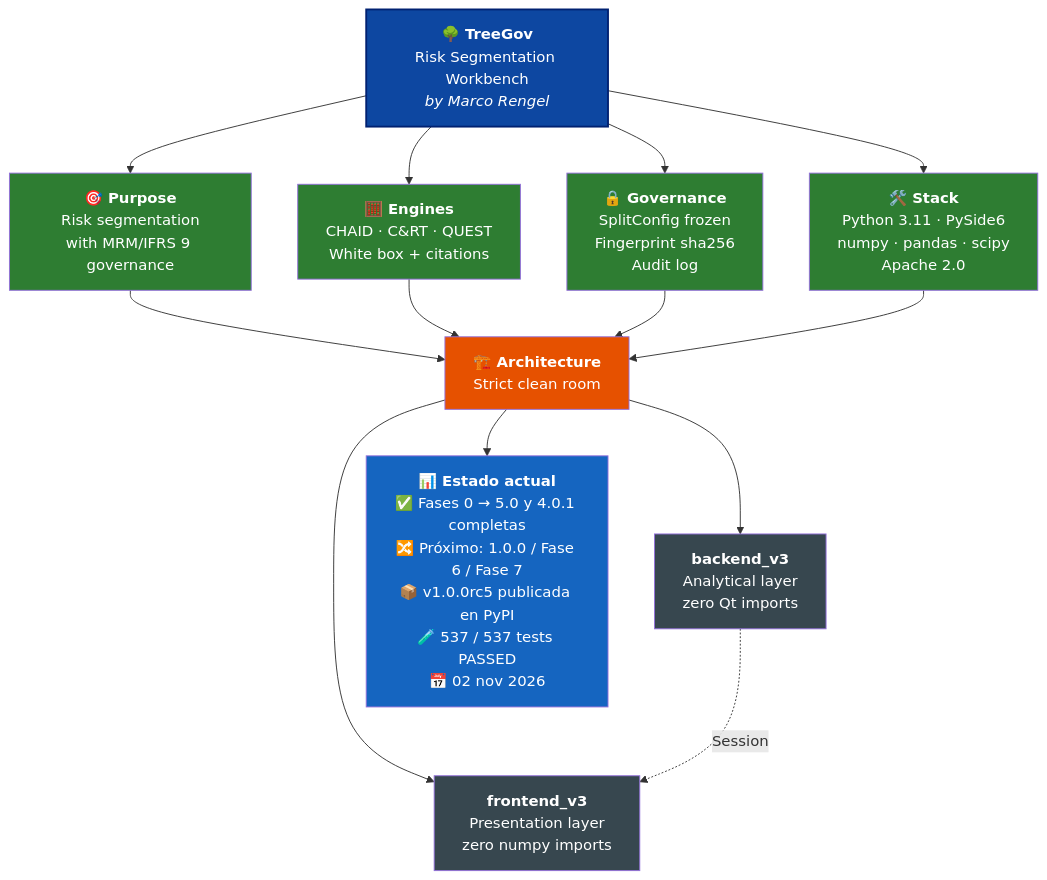
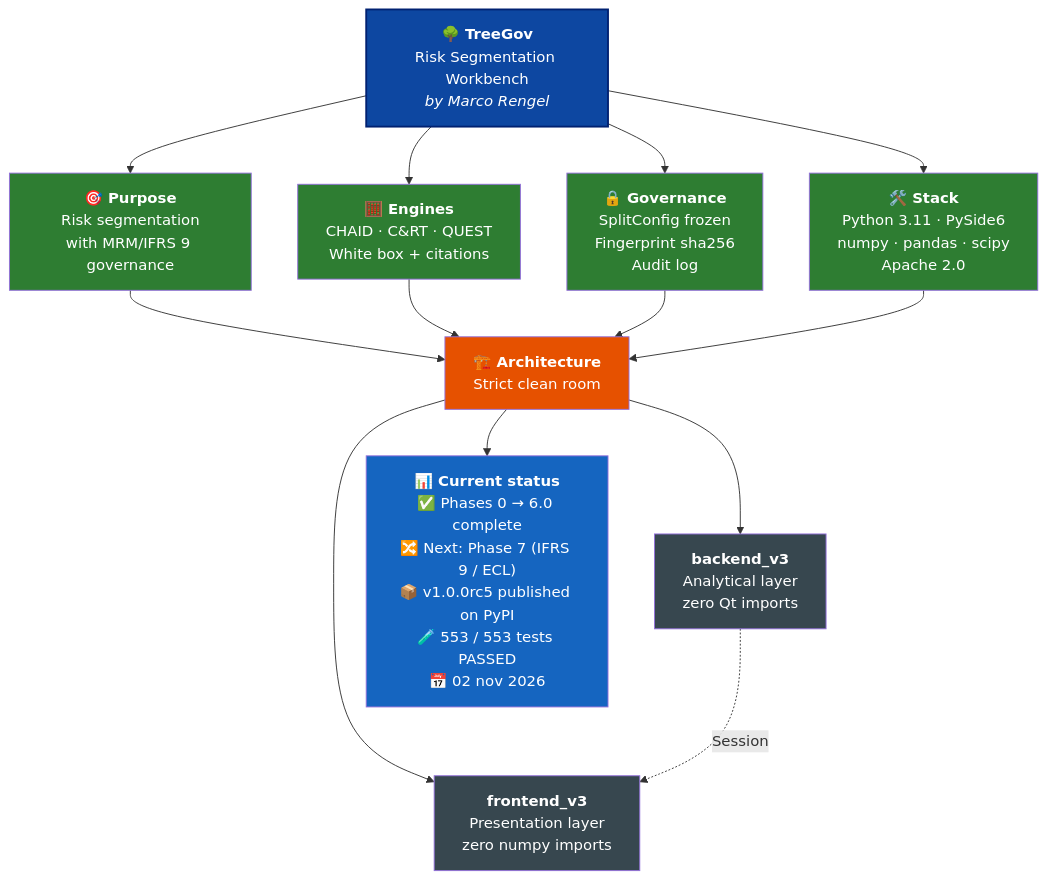
The diagram in README.md (Marco-Rengel/treegov), drawn with Mermaid before and after one commit. The commit also changed other lines of this file and 13 other files, not shown here.

Commit message:
docs(release): cierre de Fase 6 y corrección de tablas de estado

````diff
--- a/README.md
+++ b/README.md
@@ -38,31 +38,31 @@
 ```mermaid
 flowchart TB
     TG["<b>🌳 TreeGov</b><br/>Risk Segmentation Workbench<br/><i>by Marco Rengel</i>"]
 
     TG --> P["<b>🎯 Purpose</b><br/>Risk segmentation<br/>with MRM/IFRS 9 governance"]
     TG --> M["<b>🧮 Engines</b><br/>CHAID · C&RT · QUEST<br/>White box + citations"]
     TG --> G["<b>🔒 Governance</b><br/>SplitConfig frozen<br/>Fingerprint sha256<br/>Audit log"]
     TG --> S["<b>🛠️ Stack</b><br/>Python 3.11 · PySide6<br/>numpy · pandas · scipy<br/>Apache 2.0"]
 
     P --> ARQ["<b>🏗️ Architecture</b><br/>Strict clean room"]
     M --> ARQ
     G --> ARQ
     S --> ARQ
 
     ARQ --> BE["<b>backend_v3</b><br/>Analytical layer<br/>zero Qt imports"]
     ARQ --> FE["<b>frontend_v3</b><br/>Presentation layer<br/>zero numpy imports"]
 
     BE -.->|Session| FE
 
-    ARQ --> ST["<b>📊 Estado actual</b><br/>✅ Fases 0 → 5.0 y 4.0.1 completas<br/>🔀 Próximo: 1.0.0 / Fase 6 / Fase 7<br/>📦 v1.0.0rc5 publicada en PyPI<br/>🧪 537 / 537 tests PASSED<br/>📅 02 nov 2026"]
+    ARQ --> ST["<b>📊 Current status</b><br/>✅ Phases 0 → 6.0 complete<br/>🔀 Next: Phase 7 (IFRS 9 / ECL)<br/>📦 v1.0.0rc5 published on PyPI<br/>🧪 553 / 553 tests PASSED<br/>📅 02 nov 2026"]
 
     style TG fill:#0D47A1,color:#fff,stroke:#002171,stroke-width:2px
     style P fill:#2E7D32,color:#fff
     style M fill:#2E7D32,color:#fff
     style G fill:#2E7D32,color:#fff
     style S fill:#2E7D32,color:#fff
     style ARQ fill:#E65100,color:#fff
     style BE fill:#37474F,color:#fff
     style FE fill:#37474F,color:#fff
     style ST fill:#1565C0,color:#fff
 ```
````
